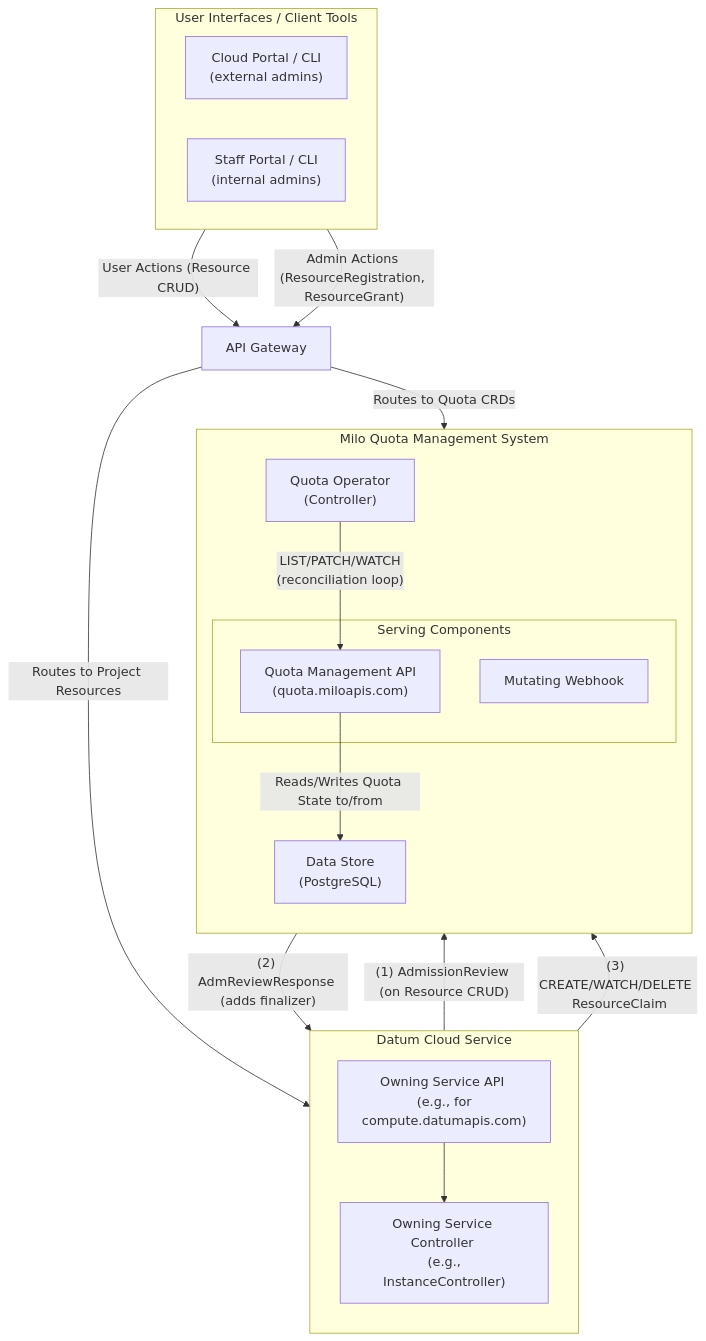
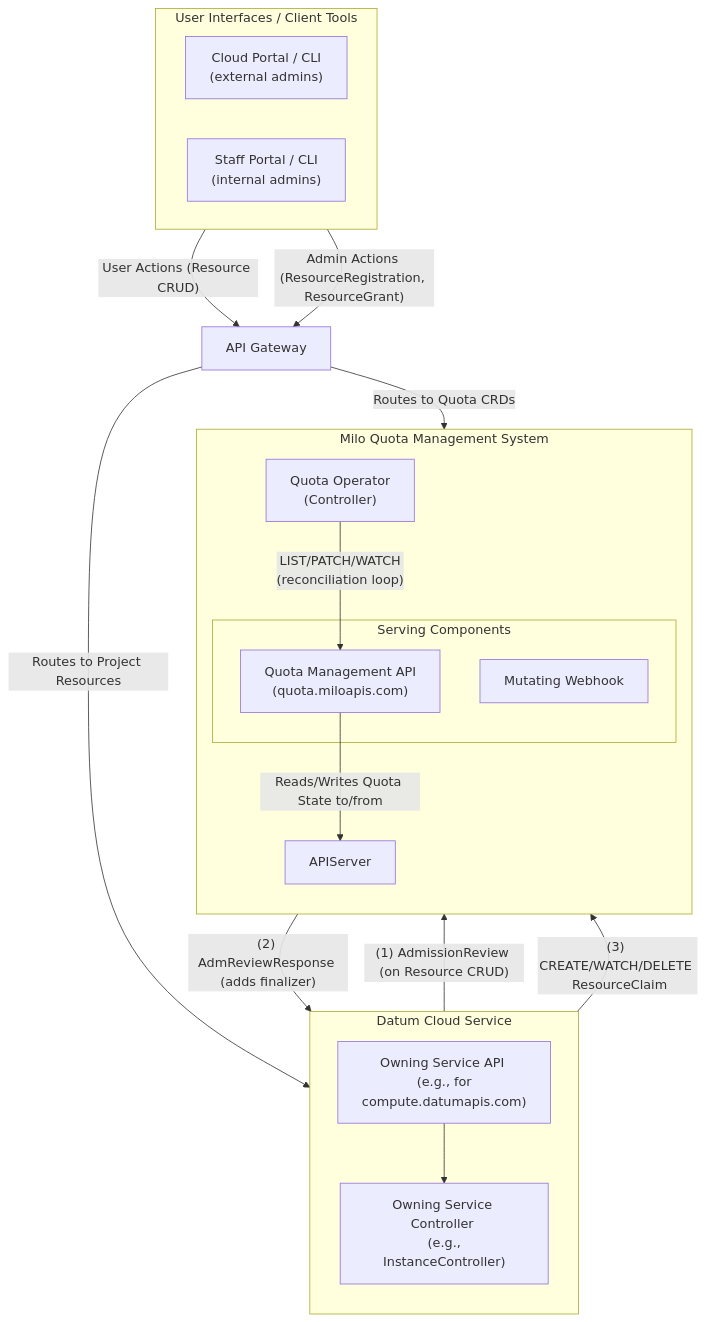
The second of 6 diagrams in enhancements/platform/quota-management/README.md (datum-cloud/enhancements), drawn with Mermaid before and after one commit. The commit also changed other lines of this file, not shown here.

Commit message:
chore(quota): removes specific references to postgres as data store

````diff
--- a/enhancements/platform/quota-management/README.md
+++ b/enhancements/platform/quota-management/README.md
@@ -1228,48 +1228,48 @@
 ```mermaid
 %% C2 - Container Diagram: Milo Quota Management System & Interactions
 flowchart TD
     subgraph UserInterfaces ["User Interfaces / Client Tools"]
         direction LR
         PortalCLI["Cloud Portal / CLI <br/> (external admins)"]
         DatumAdminTools["Staff Portal / CLI <br/> (internal admins)"]
     end
 
     APIGateway["API Gateway"]
 
     subgraph OwningServiceInfra ["Datum Cloud Service"]
         direction TB
         OwningServiceAPI["Owning Service API <br/> (e.g., for compute.datumapis.com)"]
         OwningServiceController["Owning Service Controller <br/> (e.g., InstanceController)"]
 
         OwningServiceAPI --> OwningServiceController
     end
 
     subgraph CentralQuotaInfra ["Milo Quota Management System"]
         direction TB
         subgraph QuotaSvc ["Serving Components"]
             QuotaMgmtAPI["Quota Management API <br/> (quota.miloapis.com)"]
             MiloMutatingWebhook["Mutating Webhook"]
         end
         QuotaOperator["Quota Operator <br/> (Controller)"]
-        Database["Data Store <br/> (PostgreSQL)"]
+        APIServer["APIServer"]
 
-        QuotaMgmtAPI -- "Reads/Writes Quota State to/from" --> Database
+        QuotaMgmtAPI -- "Reads/Writes Quota State to/from" --> APIServer
         QuotaOperator -- "LIST/PATCH/WATCH <br/> (reconciliation loop)" --> QuotaMgmtAPI
     end
 
 
     %% User/Admin Request Flows via API Gateway
     PortalCLI -- "User Actions (Resource CRUD)" --> APIGateway
     DatumAdminTools -- "Admin Actions (ResourceRegistration, ResourceGrant)" --> APIGateway
 
     APIGateway -- "Routes to Project Resources" --> OwningServiceAPI
     APIGateway -- "Routes to Quota CRDs" --> QuotaMgmtAPI
 
 
     %% Admission Control Flow
     OwningServiceAPI -- "(1) AdmissionReview (on Resource CRUD)" --> MiloMutatingWebhook
     MiloMutatingWebhook -- "(2) AdmReviewResponse (adds finalizer)" --> OwningServiceAPI
 
     %% Owning Service Controller creating claims with Central Quota Service
     OwningServiceController -- "(3) CREATE/WATCH/DELETE <br/> ResourceClaim" --> QuotaMgmtAPI
 ```
````
